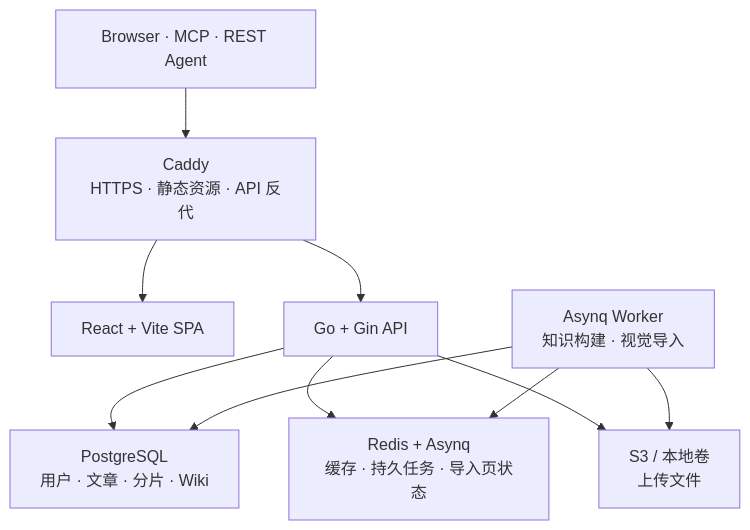
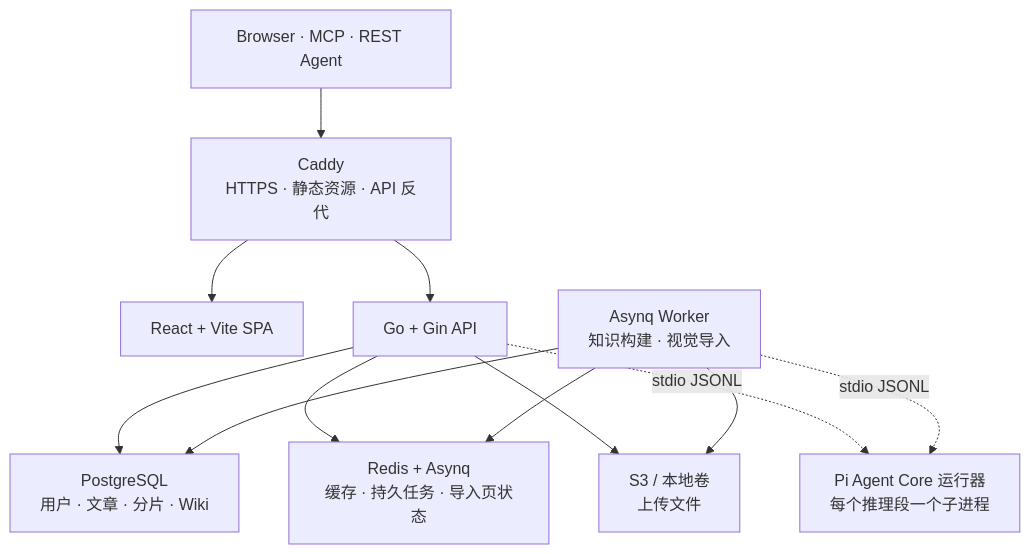
Before and after one commit to Ciao1019/Petrichor: the first of 2 diagrams in docs/README.md, drawn with Mermaid. The commit also changed other lines of this file and 5 other files, not shown here.

````diff
--- a/docs/README.md
+++ b/docs/README.md
@@ -57,13 +57,15 @@
 ```mermaid
 flowchart TB
   clients["Browser · MCP · REST Agent"] --> caddy["Caddy<br/>HTTPS · 静态资源 · API 反代"]
   caddy --> web["React + Vite SPA"]
   caddy --> api["Go + Gin API"]
 
   api --> postgres["PostgreSQL<br/>用户 · 文章 · 分片 · Wiki"]
   api --> redis["Redis + Asynq<br/>缓存 · 持久任务 · 导入页状态"]
   api --> storage["S3 / 本地卷<br/>上传文件"]
   worker["Asynq Worker<br/>知识构建 · 视觉导入"] --> redis
   worker --> postgres
   worker --> storage
+  api -. "stdio JSONL" .-> pi["Pi Agent Core 运行器<br/>每个推理段一个子进程"]
+  worker -. "stdio JSONL" .-> pi
 ```
````
